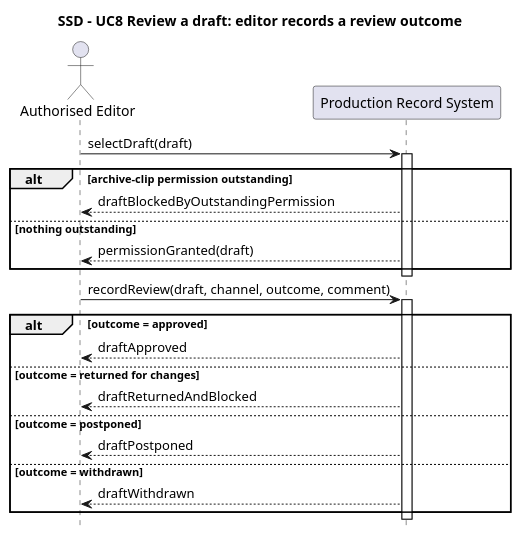
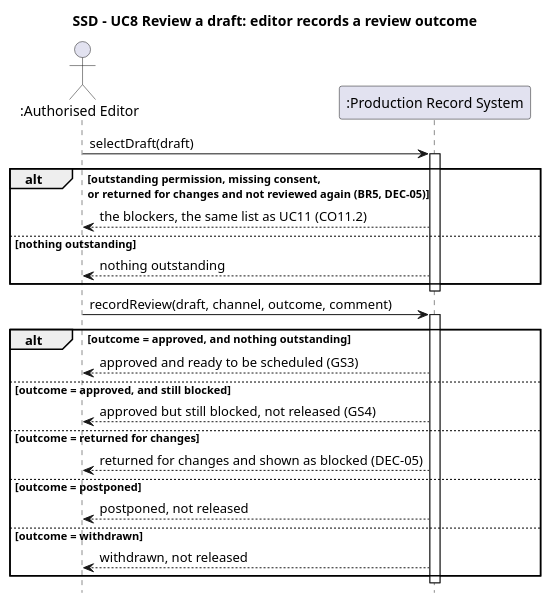
Before and after one commit to Rani-Wheeza/Local-Podcast-Production-Service: the diagram in CA 2/Diagrams/System_Sequence_Diagrams/SSD_UC8_ReviewDraft.puml, drawn with PlantUML. The commit also changed 5 other files, not shown here.

```diff
--- a/CA 2/Diagrams/System_Sequence_Diagrams/SSD_UC8_ReviewDraft.puml
+++ b/CA 2/Diagrams/System_Sequence_Diagrams/SSD_UC8_ReviewDraft.puml
@@ -1,30 +1,32 @@
 @startuml SSD_UC8_ReviewDraft
 title SSD - UC8 Review a draft: editor records a review outcome
 
 hide footbox
 
-actor "Authorised Editor" as AE
-participant "Production Record System" as S
+actor ":Authorised Editor" as AE
+participant ":Production Record System" as S
 
 AE -> S : selectDraft(draft)
 activate S
-alt archive-clip permission outstanding
-  S --> AE : draftBlockedByOutstandingPermission
+alt outstanding permission, missing consent,\nor returned for changes and not reviewed again (BR5, DEC-05)
+  S --> AE : the blockers, the same list as UC11 (CO11.2)
 else nothing outstanding
-  S --> AE : permissionGranted(draft)
+  S --> AE : nothing outstanding
 end
 deactivate S
 
 AE -> S : recordReview(draft, channel, outcome, comment)
 activate S
-alt outcome = approved
-  S --> AE : draftApproved
+alt outcome = approved, and nothing outstanding
+  S --> AE : approved and ready to be scheduled (GS3)
+else outcome = approved, and still blocked
+  S --> AE : approved but still blocked, not released (GS4)
 else outcome = returned for changes
-  S --> AE : draftReturnedAndBlocked
+  S --> AE : returned for changes and shown as blocked (DEC-05)
 else outcome = postponed
-  S --> AE : draftPostponed
+  S --> AE : postponed, not released
 else outcome = withdrawn
-  S --> AE : draftWithdrawn
+  S --> AE : withdrawn, not released
 end
 deactivate S
 @enduml
```
